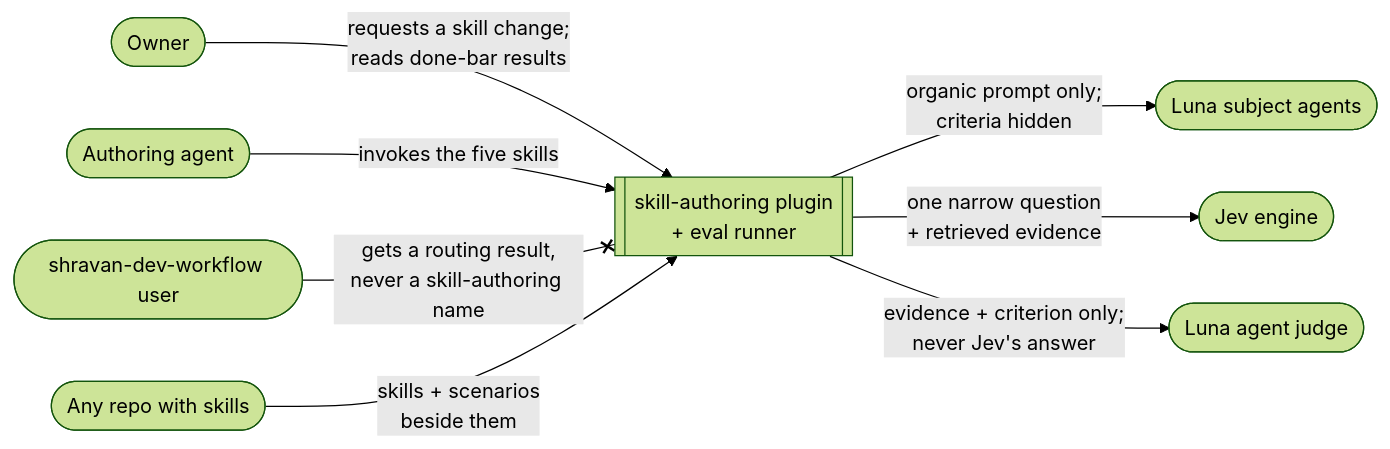
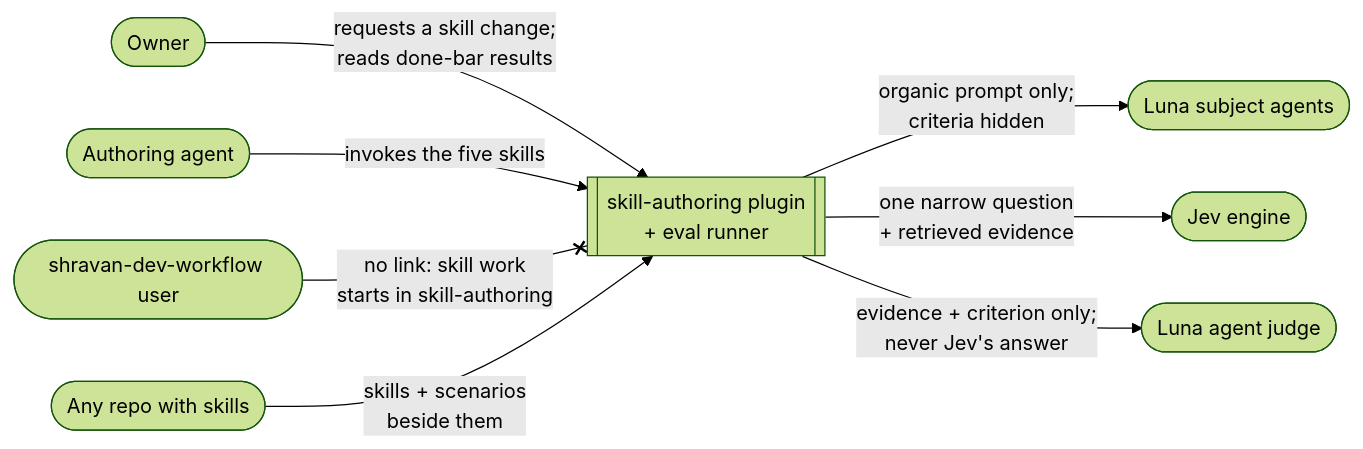
One commit to ShravanSunder/ai-tools changed the first of 2 diagrams in docs/specs/2026-10-02-skill-authoring-plugin/2026-10-02-skill-authoring-plugin.md. Above: the diagram before and after it, drawn with Mermaid (forest theme). The commit also changed other lines of this file and 2 other files, not shown here.

First line of the commit message:
Remove skill-package coupling from shravan-dev-workflow instead of handing off (owner 10-06)

````diff
--- a/docs/specs/2026-10-02-skill-authoring-plugin/2026-10-02-skill-authoring-plugin.md
+++ b/docs/specs/2026-10-02-skill-authoring-plugin/2026-10-02-skill-authoring-plugin.md
@@ -7,20 +7,20 @@
 ```mermaid
 flowchart LR
   owner([Owner])
   author([Authoring agent])
   wfu([shravan-dev-workflow user])
   subj([Luna subject agents])
   jev([Jev engine])
   judge([Luna agent judge])
   other([Any repo with skills])
 
   SA[[skill-authoring plugin<br/>+ eval runner]]
 
   owner -- "requests a skill change;<br/>reads done-bar results" --> SA
   author -- "invokes the five skills" --> SA
-  wfu -- "gets a routing result,<br/>never a skill-authoring name" --x SA
+  wfu -- "no link: skill work<br/>starts in skill-authoring" --x SA
   other -- "skills + scenarios<br/>beside them" --> SA
   SA -- "organic prompt only;<br/>criteria hidden" --> subj
   SA -- "one narrow question<br/>+ retrieved evidence" --> jev
   SA -- "evidence + criterion only;<br/>never Jev's answer" --> judge
 ```
````
